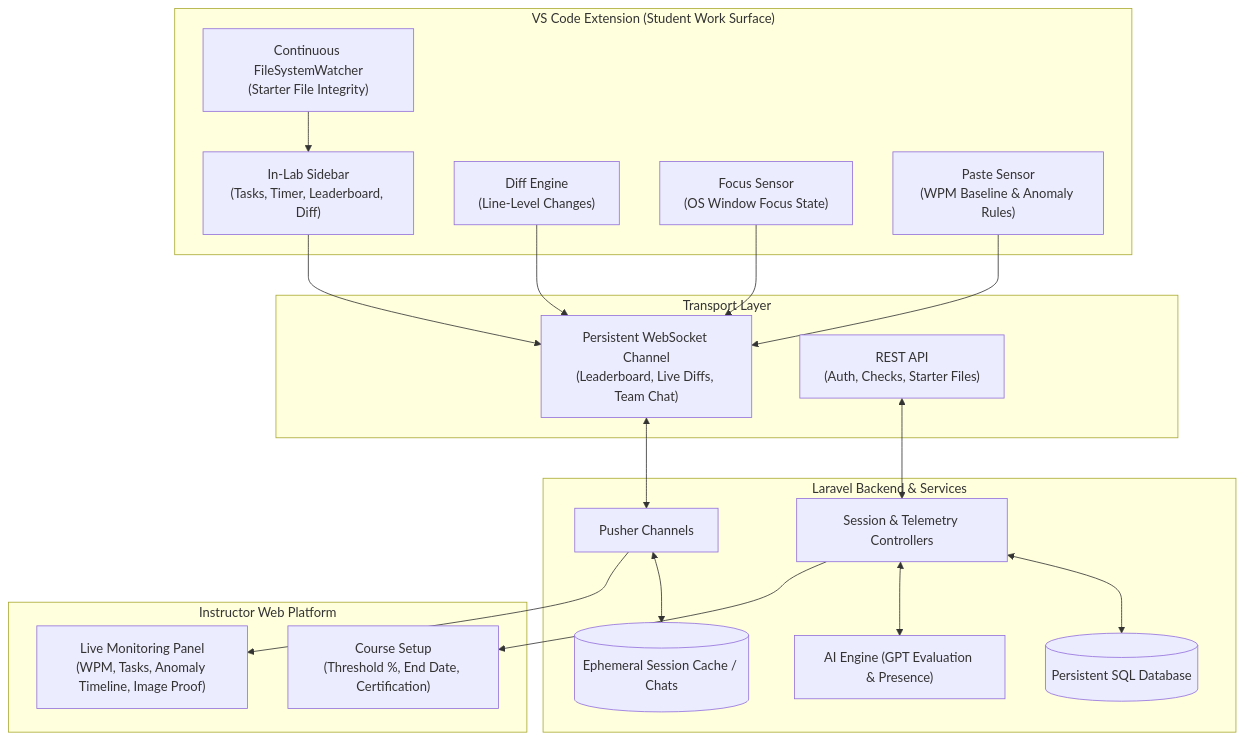
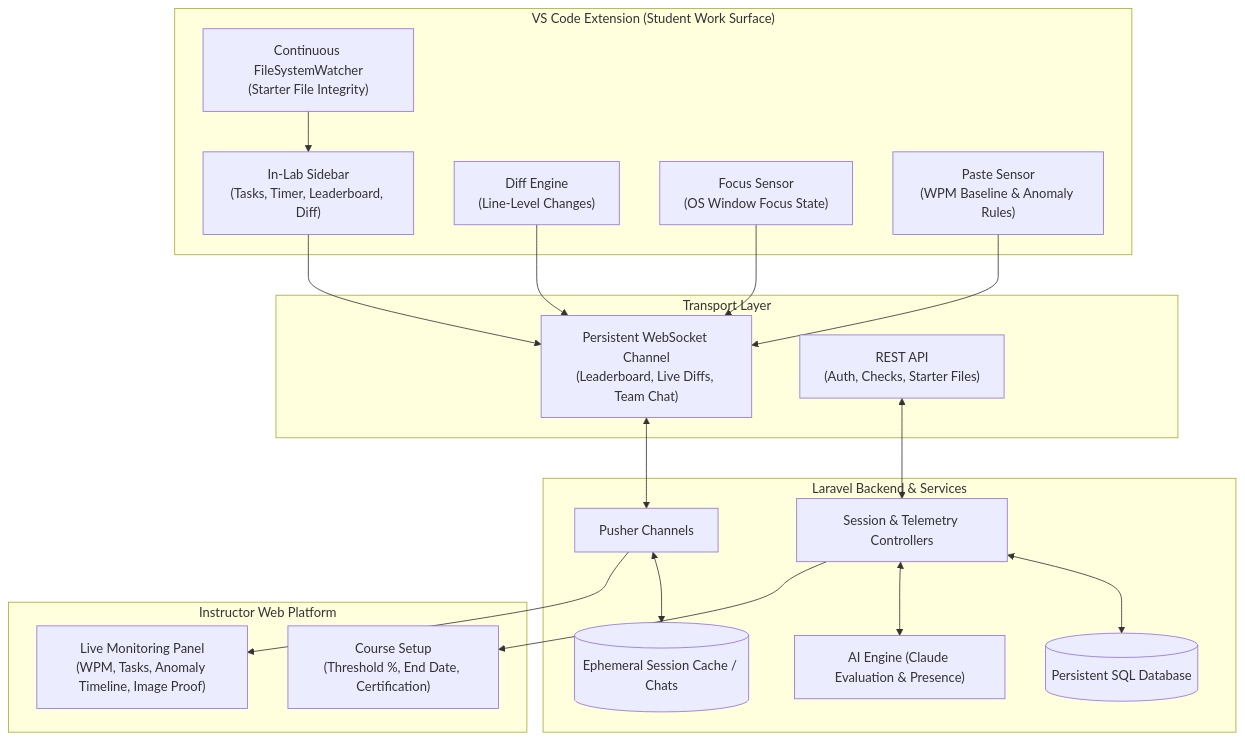
One commit to vhengie02/Certicode-Labs changed the diagram in TODO.md. Above: the diagram before and after it, drawn with Mermaid. The commit also changed other lines of this file, not shown here.

````diff
--- a/TODO.md
+++ b/TODO.md
@@ -528,42 +528,42 @@
 ```mermaid
 flowchart TD
     subgraph Client ["VS Code Extension (Student Work Surface)"]
         Sidebar["In-Lab Sidebar<br/>(Tasks, Timer, Leaderboard, Diff)"]
         Watcher["Continuous FileSystemWatcher<br/>(Starter File Integrity)"]
         DiffEngine["Diff Engine<br/>(Line-Level Changes)"]
         FocusSensor["Focus Sensor<br/>(OS Window Focus State)"]
         PasteSensor["Paste Sensor<br/>(WPM Baseline & Anomaly Rules)"]
     end
 
     subgraph Transport ["Transport Layer"]
         WS["Persistent WebSocket Channel<br/>(Leaderboard, Live Diffs, Team Chat)"]
         REST["REST API<br/>(Auth, Checks, Starter Files)"]
     end
 
     subgraph Backend ["Laravel Backend & Services"]
         Pusher["Pusher Channels"]
         Controllers["Session & Telemetry Controllers"]
-        AIService["AI Engine (GPT Evaluation & Presence)"]
+        AIService["AI Engine (Claude Evaluation & Presence)"]
         DB[(Persistent SQL Database)]
         Ephemeral[(Ephemeral Session Cache / Chats)]
     end
 
     subgraph Instructor ["Instructor Web Platform"]
         Monitor["Live Monitoring Panel<br/>(WPM, Tasks, Anomaly Timeline, Image Proof)"]
         CourseSettings["Course Setup<br/>(Threshold %, End Date, Certification)"]
     end
 
     Sidebar --> WS
     DiffEngine --> WS
     FocusSensor --> WS
     PasteSensor --> WS
     Watcher --> Sidebar
     
     WS <--> Pusher
     REST <--> Controllers
     Pusher <--> Ephemeral
     Controllers <--> DB
     Controllers <--> AIService
     Pusher --> Monitor
     Controllers --> CourseSettings
 ```
````
